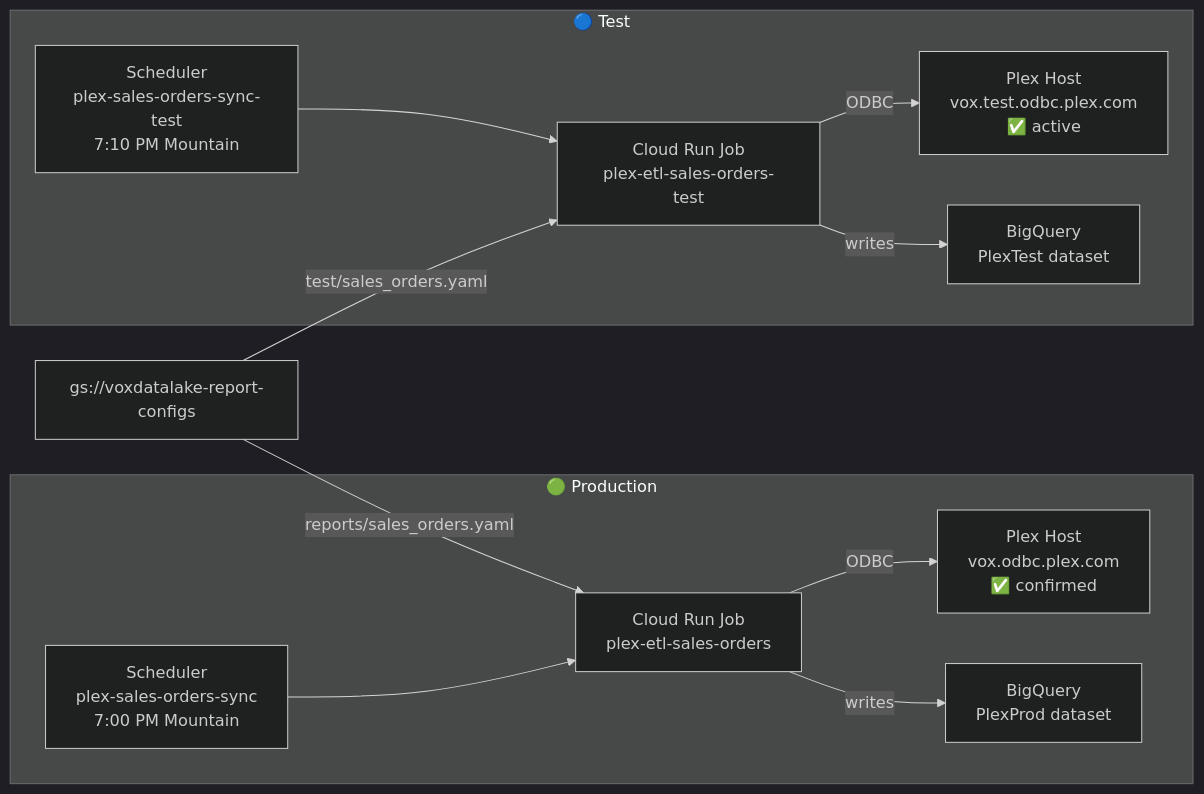
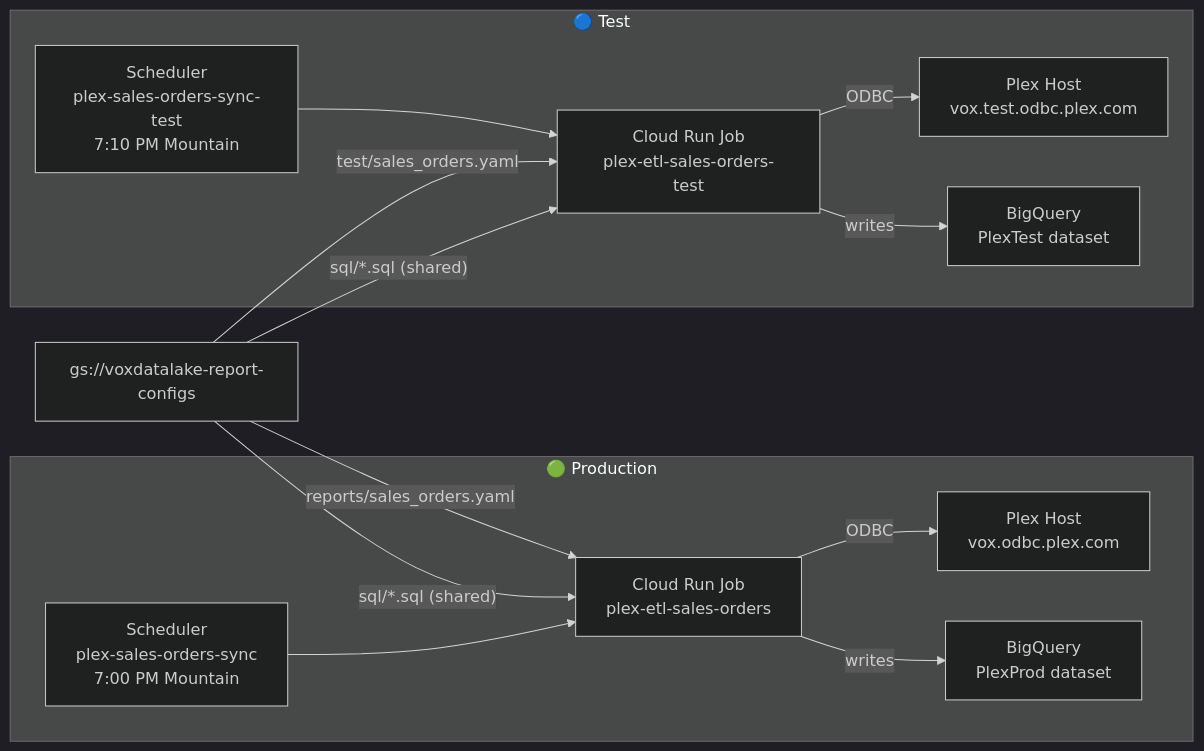
Before and after one commit to Parasol-Group-Inc/plex-to-big-query: the second of 3 diagrams in docs/CHEATSHEET.md, drawn with Mermaid (dark theme). The commit also changed other lines of this file, not shown here.

````diff
--- a/docs/CHEATSHEET.md
+++ b/docs/CHEATSHEET.md
@@ -76,27 +296,29 @@
 ```mermaid
 graph LR
     GCS["gs://voxdatalake-report-configs"]
 
     subgraph PROD["🟢 Production"]
         PJ["Cloud Run Job\nplex-etl-sales-orders"]
         PS["Scheduler\nplex-sales-orders-sync\n7:00 PM Mountain"]
-        PH["Plex Host\nvox.odbc.plex.com\n✅ confirmed"]
+        PH["Plex Host\nvox.odbc.plex.com"]
         PD["BigQuery\nPlexProd dataset"]
         PS --> PJ
         PJ -->|ODBC| PH
         PJ -->|writes| PD
     end
 
     subgraph TEST["🔵 Test"]
         TJ["Cloud Run Job\nplex-etl-sales-orders-test"]
         TS["Scheduler\nplex-sales-orders-sync-test\n7:10 PM Mountain"]
-        TH["Plex Host\nvox.test.odbc.plex.com\n✅ active"]
+        TH["Plex Host\nvox.test.odbc.plex.com"]
         TD["BigQuery\nPlexTest dataset"]
         TS --> TJ
         TJ -->|ODBC| TH
         TJ -->|writes| TD
     end
 
     GCS -->|"reports/sales_orders.yaml"| PJ
     GCS -->|"test/sales_orders.yaml"| TJ
+    GCS -->|"sql/*.sql (shared)"| PJ
+    GCS -->|"sql/*.sql (shared)"| TJ
 ```
````
